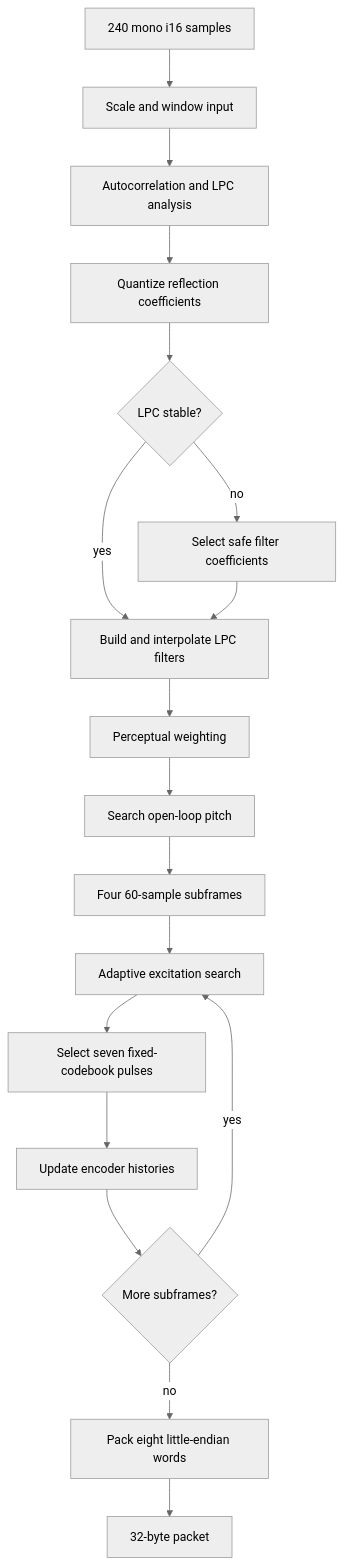
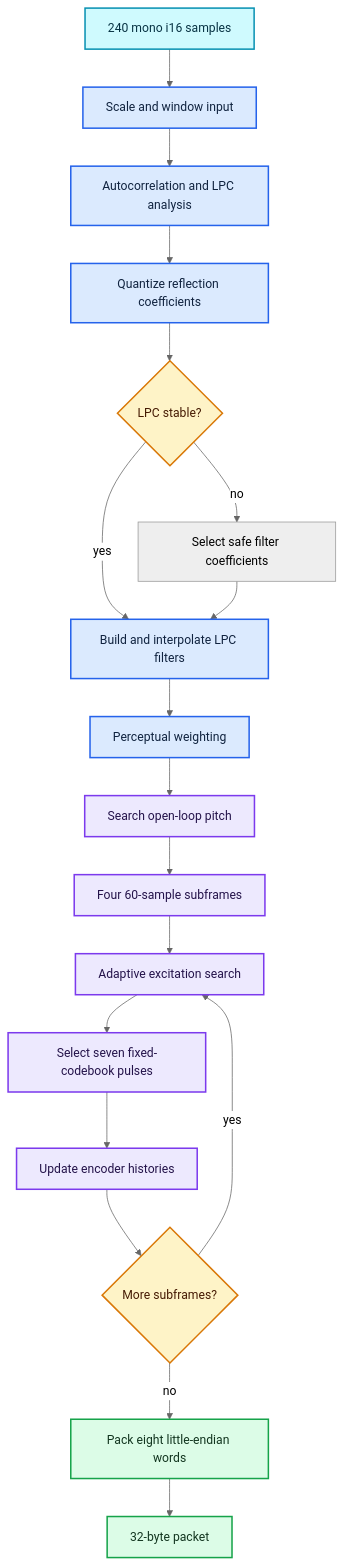
Before and after one commit to younsabood/truespeech: the second of 4 diagrams in docs/diagrams/README.md, drawn with Mermaid (neutral theme). The commit also changed other lines of this file and 11 other files, not shown here.

````diff
--- a/docs/diagrams/README.md
+++ b/docs/diagrams/README.md
@@ -22,20 +37,31 @@
 ```mermaid
 flowchart TD
     Input["240 mono i16 samples"] --> Scale["Scale and window input"]
     Scale --> Correlation["Autocorrelation and LPC analysis"]
     Correlation --> Quantize["Quantize reflection coefficients"]
     Quantize --> Stability{"LPC stable?"}
     Stability -->|yes| Filter["Build and interpolate LPC filters"]
     Stability -->|no| Safe["Select safe filter coefficients"]
     Safe --> Filter
     Filter --> Weight["Perceptual weighting"]
     Weight --> Pitch["Search open-loop pitch"]
     Pitch --> Subframes["Four 60-sample subframes"]
     Subframes --> Adaptive["Adaptive excitation search"]
     Adaptive --> Pulses["Select seven fixed-codebook pulses"]
     Pulses --> History["Update encoder histories"]
     History --> More{"More subframes?"}
     More -->|yes| Adaptive
     More -->|no| Pack["Pack eight little-endian words"]
     Pack --> Output["32-byte packet"]
+
+    classDef input fill:#cffafe,stroke:#0891b2,color:#083344,stroke-width:2px
+    classDef analysis fill:#dbeafe,stroke:#2563eb,color:#10233f,stroke-width:2px
+    classDef decision fill:#fef3c7,stroke:#d97706,color:#451a03,stroke-width:2px
+    classDef search fill:#ede9fe,stroke:#7c3aed,color:#24134a,stroke-width:2px
+    classDef output fill:#dcfce7,stroke:#16a34a,color:#12351f,stroke-width:2px
+    class Input input
+    class Scale,Correlation,Quantize,Filter,Weight analysis
+    class Stability,More decision
+    class Pitch,Subframes,Adaptive,Pulses,History search
+    class Pack,Output output
 ```
````
